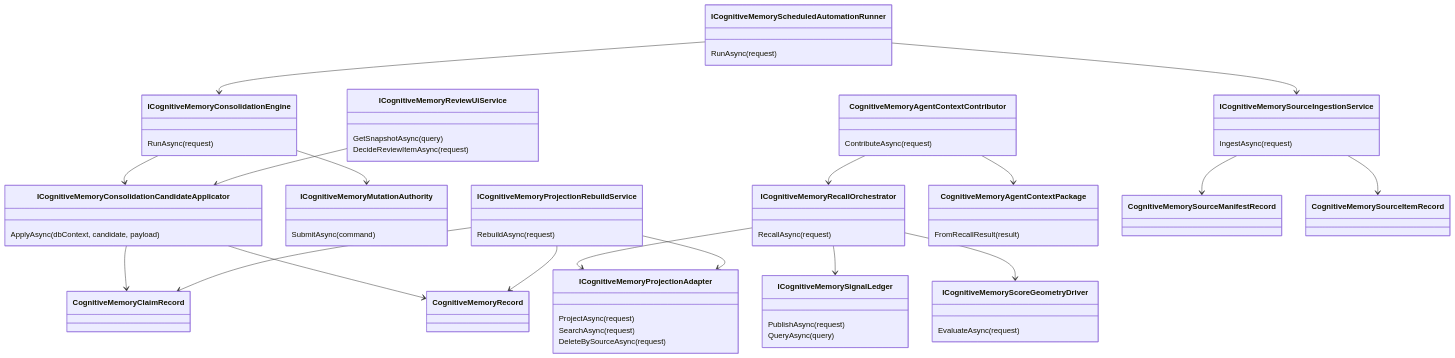
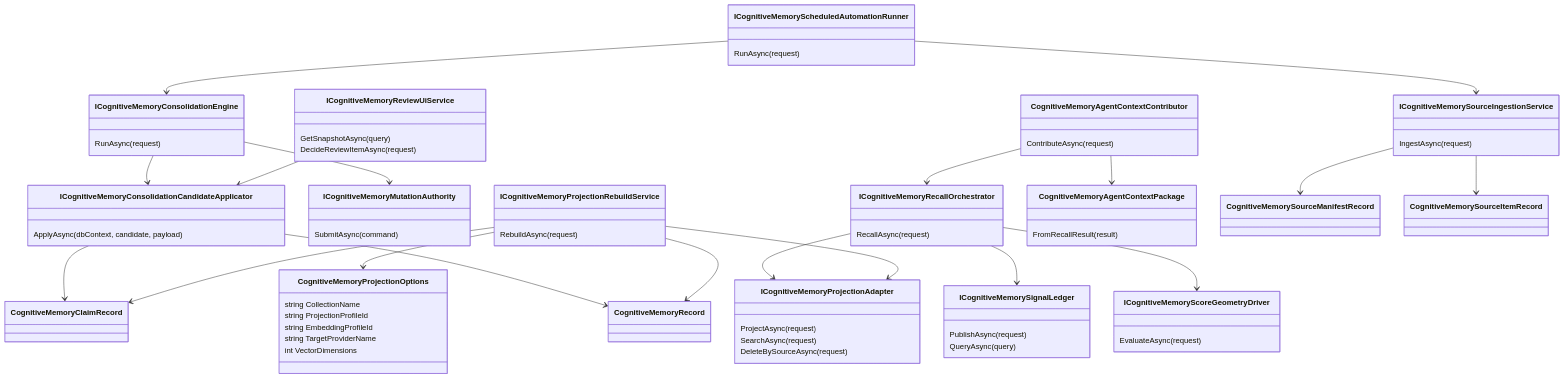
The second of 2 diagrams in docs/cognitive-memory/architecture/domain-model.md (fyziktom/CanDoItAll), drawn with Mermaid before and after one commit. The commit also changed other lines of this file and 61 other files, not shown here.

```diff
--- a/docs/cognitive-memory/architecture/domain-model.md
+++ b/docs/cognitive-memory/architecture/domain-model.md
@@ -130,6 +140,14 @@
         RebuildAsync(request)
     }
 
+    class CognitiveMemoryProjectionOptions {
+        string CollectionName
+        string ProjectionProfileId
+        string EmbeddingProfileId
+        string TargetProviderName
+        int VectorDimensions
+    }
+
     class ICognitiveMemoryScheduledAutomationRunner {
         RunAsync(request)
     }
@@ -155,6 +173,7 @@
     ICognitiveMemoryProjectionRebuildService --> ICognitiveMemoryProjectionAdapter
     ICognitiveMemoryProjectionRebuildService --> CognitiveMemoryRecord
     ICognitiveMemoryProjectionRebuildService --> CognitiveMemoryClaimRecord
+    ICognitiveMemoryProjectionRebuildService --> CognitiveMemoryProjectionOptions
     ICognitiveMemoryScheduledAutomationRunner --> ICognitiveMemorySourceIngestionService
     ICognitiveMemoryScheduledAutomationRunner --> ICognitiveMemoryConsolidationEngine
     CognitiveMemoryAgentContextContributor --> ICognitiveMemoryRecallOrchestrator
```
